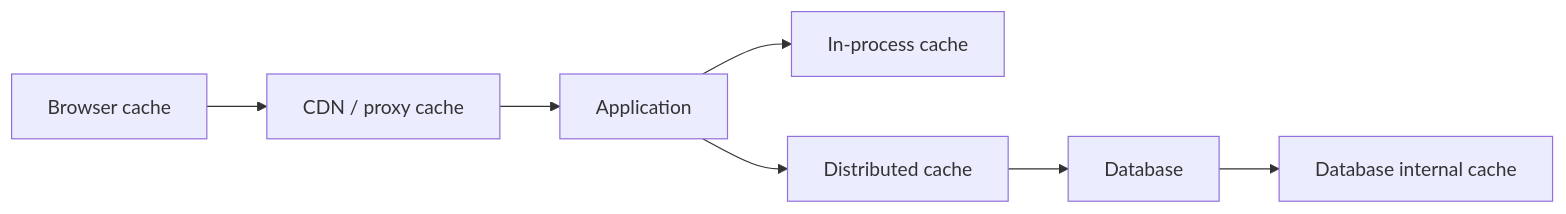
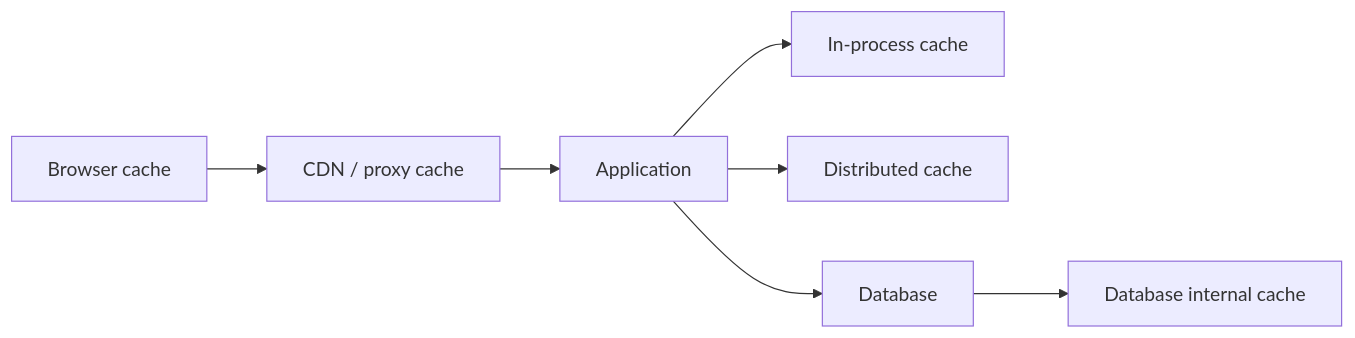
One commit to Kert0n/KPO changed the fourth of 19 diagrams in content/lectures/Lec13/vitepress.md. Above: the diagram before and after it, drawn with Mermaid. The commit also changed other lines of this file, not shown here.

````diff
--- a/content/lectures/Lec13/vitepress.md
+++ b/content/lectures/Lec13/vitepress.md
@@ -190,9 +153,9 @@
 ```mermaid
 flowchart LR
     Browser["Browser cache"] --> CDN["CDN / proxy cache"]
     CDN --> App["Application"]
     App --> Local["In-process cache"]
     App --> Distributed["Distributed cache"]
-    Distributed --> DB["Database"]
+    App --> DB["Database"]
     DB --> DbCache["Database internal cache"]
 ```
````
